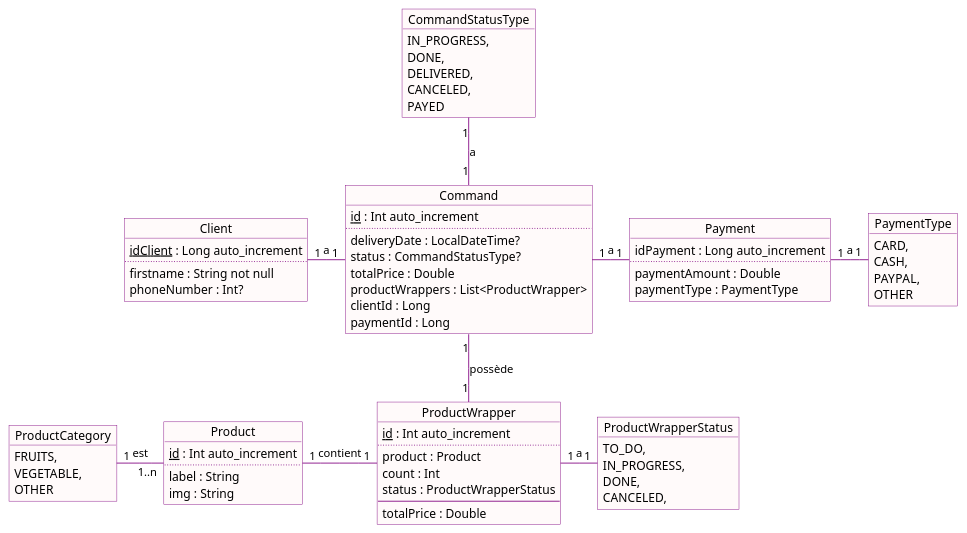
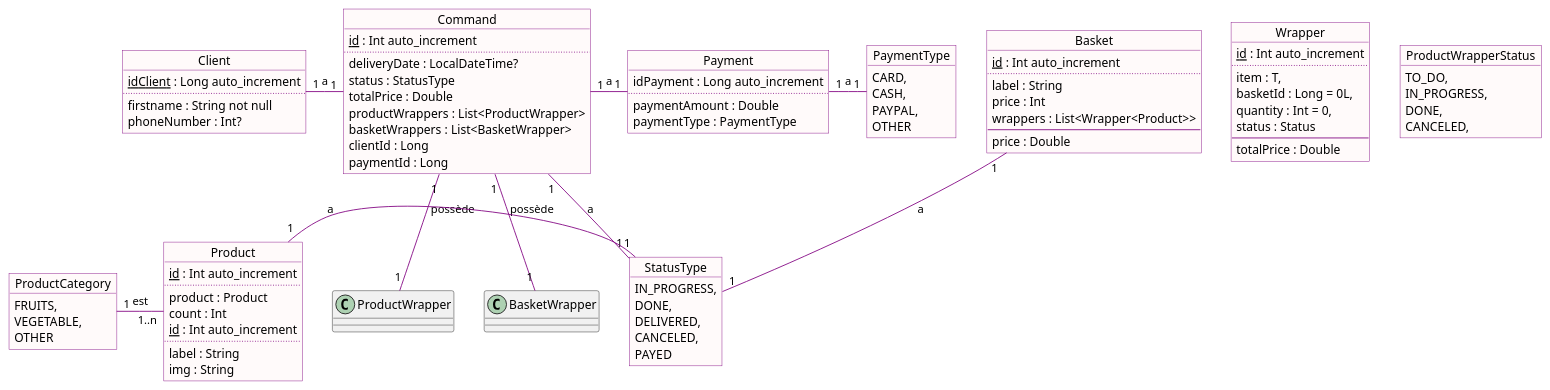
One commit to Schtroumphy/FeedMe changed the diagram in documentation/src/main/java/com/jeanloth/project/android/kotlin/documentation/conception.puml. Above: the diagram before and after it, drawn with PlantUML.

Commit message:
[DOC] WIP - Update documentation

```diff
--- a/documentation/src/main/java/com/jeanloth/project/android/kotlin/documentation/conception.puml
+++ b/documentation/src/main/java/com/jeanloth/project/android/kotlin/documentation/conception.puml
@@ -1,90 +1,110 @@
 @startuml
 
 skinparam object {
     BackgroundColor Snow
     BorderColor Purple
     ArrowColor Purple
 }
 
 object Client{
     <u>idClient</u> : Long auto_increment
     ..
     firstname : String not null
     phoneNumber : Int?
 }
 
 object PaymentType{
     CARD,
     CASH,
     PAYPAL,
     OTHER
 }
 
 object Payment {
     idPayment : Long auto_increment
     ..
     paymentAmount : Double
     paymentType : PaymentType
 }
 
 object Command{
     <u>id</u> : Int auto_increment
     ..
     deliveryDate : LocalDateTime?
-    status : CommandStatusType?
+    status : StatusType
     totalPrice : Double
     productWrappers : List<ProductWrapper>
+    basketWrappers : List<BasketWrapper>
 
     clientId : Long
     paymentId : Long
 }
 
-object ProductWrapper {
+object Product {
     <u>id</u> : Int auto_increment
     ..
     product : Product
     count : Int
-    status : ProductWrapperStatus
+}
+
+object Basket {
+    <u>id</u> : Int auto_increment
+    ..
+    label : String
+    price : Int
+    wrappers : List<Wrapper<Product>>
+    --
+    price : Double
+}
+
+object Wrapper {
+    <u>id</u> : Int auto_increment
+        ..
+    item : T,
+    basketId : Long = 0L,
+    quantity : Int = 0,
+    status : Status
     --
     totalPrice : Double
 }
 
 object ProductWrapperStatus{
     TO_DO,
     IN_PROGRESS,
     DONE,
     CANCELED,
 }
 
-object CommandStatusType{
+object StatusType{
     IN_PROGRESS,
     DONE,
     DELIVERED,
     CANCELED,
     PAYED
 }
 
 object Product{
     <u>id</u> : Int auto_increment
     ..
     label : String
     img : String
 }
 
 object ProductCategory {
     FRUITS,
     VEGETABLE,
     OTHER
 }
 
 Payment "1" --right-- "1" PaymentType : a
 Command "1" --right-- "1" Payment : a
 Command "1" --left-- "1" Client : a
 Command "1" -down- "1" ProductWrapper : possède
-Command "1" -up- "1" CommandStatusType : a
-ProductWrapper "1" --right-- "1" ProductWrapperStatus : a
+Command "1" -down- "1" BasketWrapper : possède
+Command "1" -- "1" StatusType : a
+Basket "1" -- "1" StatusType : a
+Product "1" --right-- "1" StatusType : a
 Product "1..n" --left-- "1" ProductCategory : est
-Product "1" --right-- "1" ProductWrapper : contient
 
 
 @enduml
```
